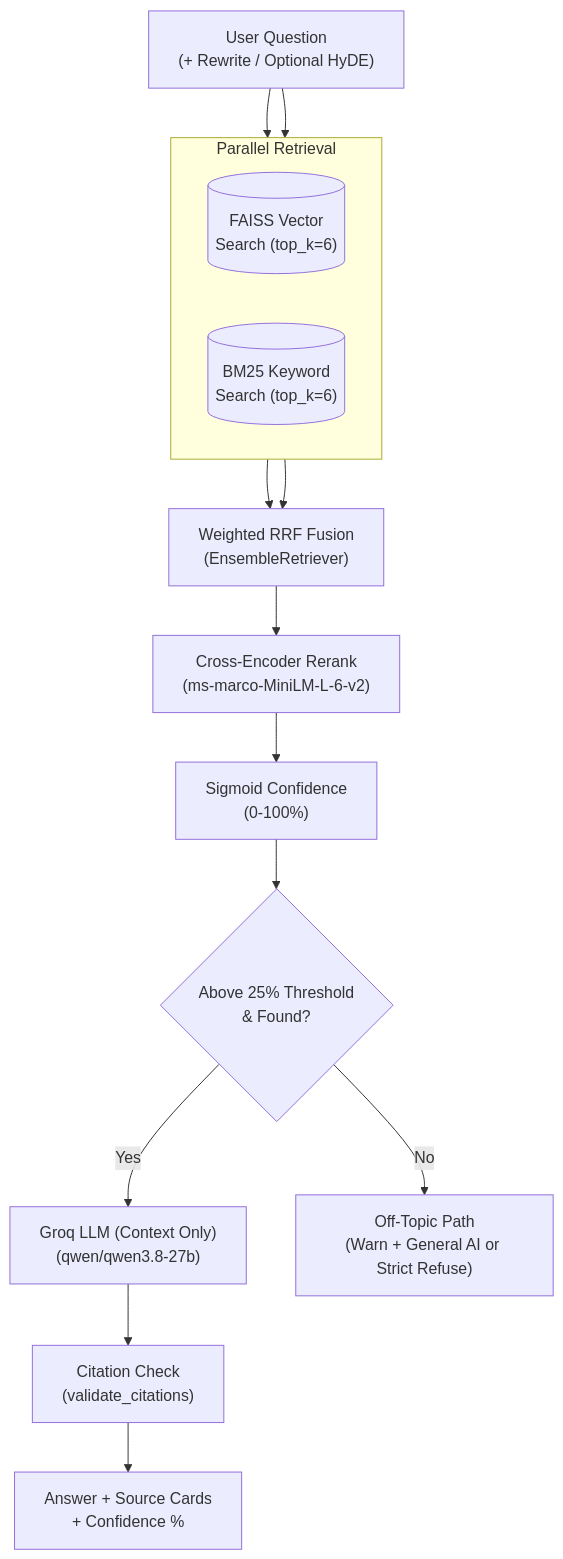
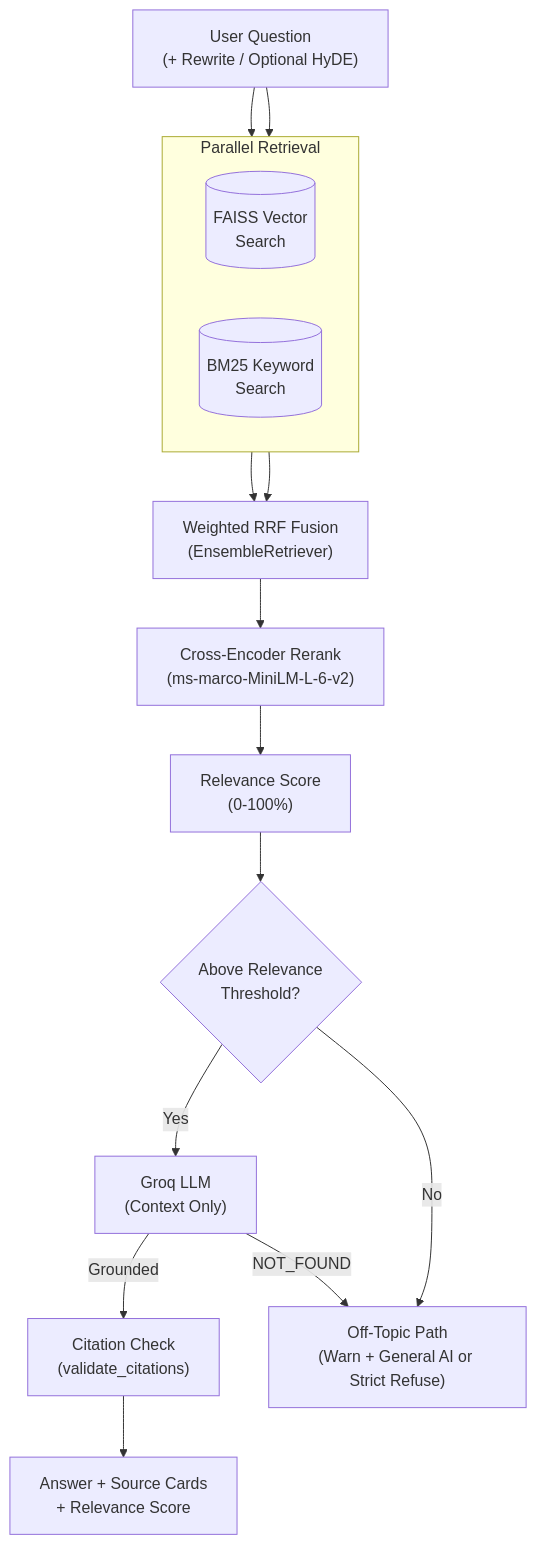
One commit to ahemadraza31/veridoc-hybrid-rag changed the second of 2 diagrams in README.md. Above: the diagram before and after it, drawn with Mermaid. The commit also changed other lines of this file, not shown here.

Commit message:
docs: refine README diagrams, remove TODOs, clarify relevance score and judge details

````diff
--- a/README.md
+++ b/README.md
@@ -55,19 +55,20 @@
 ```mermaid
 flowchart TB
     Q["User Question\n(+ Rewrite / Optional HyDE)"] --> S
     Q --> K
     subgraph Retrieval ["Parallel Retrieval"]
         direction LR
-        S[("FAISS Vector\nSearch (top_k=6)")]
-        K[("BM25 Keyword\nSearch (top_k=6)")]
+        S[("FAISS Vector\nSearch")]
+        K[("BM25 Keyword\nSearch")]
     end
     S --> F["Weighted RRF Fusion\n(EnsembleRetriever)"]
     K --> F
     F --> R["Cross-Encoder Rerank\n(ms-marco-MiniLM-L-6-v2)"]
-    R --> P["Sigmoid Confidence\n(0-100%)"]
-    P --> G{"Above 25% Threshold\n& Found?"}
-    G -- "Yes" --> L["Groq LLM (Context Only)\n(qwen/qwen3.8-27b)"]
-    L --> V["Citation Check\n(validate_citations)"]
-    V --> O["Answer + Source Cards\n+ Confidence %"]
+    R --> P["Relevance Score\n(0-100%)"]
+    P --> G{"Above Relevance\nThreshold?"}
+    G -- "Yes" --> L["Groq LLM\n(Context Only)"]
+    L -- "Grounded" --> V["Citation Check\n(validate_citations)"]
+    V --> O["Answer + Source Cards\n+ Relevance Score"]
     G -- "No" --> N["Off-Topic Path\n(Warn + General AI or Strict Refuse)"]
+    L -- "NOT_FOUND" --> N
 ```
````
